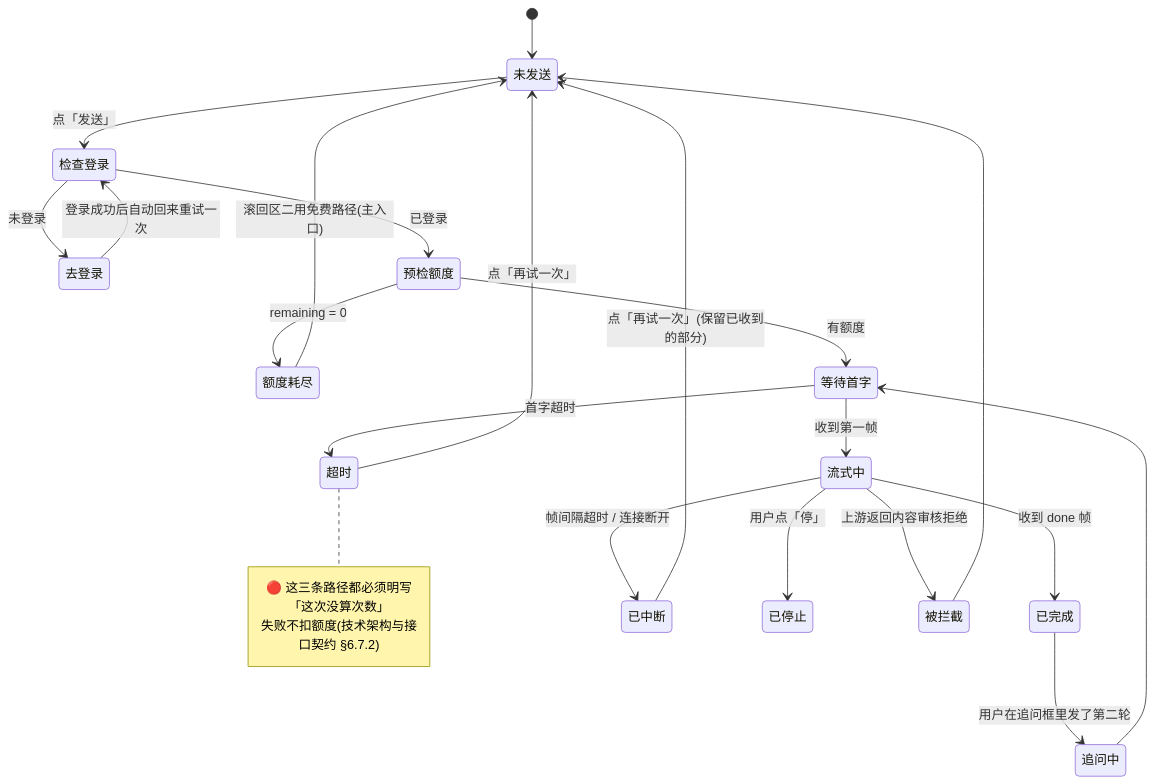
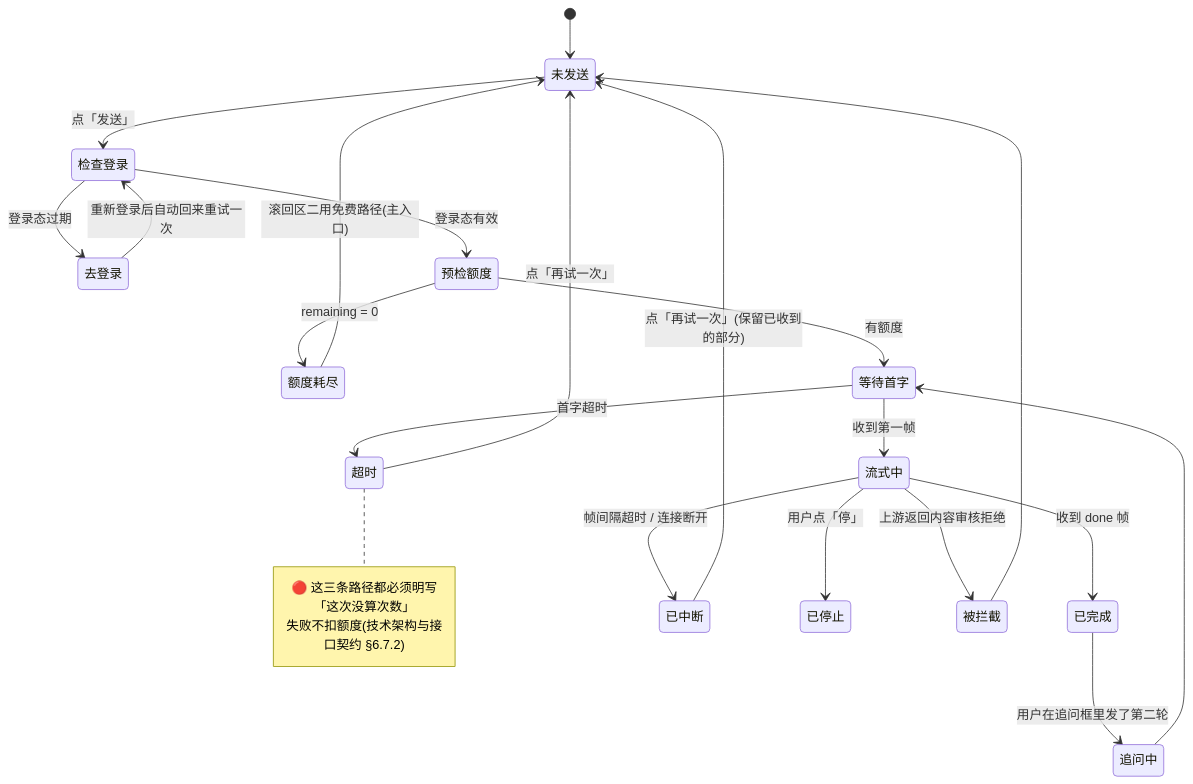
Before and after one commit to chenyuanjin/kubic: the fourth of 12 diagrams in docs/product/specs/导出与问AI.md, drawn with Mermaid. The commit also changed other lines of this file and 15 other files, not shown here.

````diff
--- a/docs/product/specs/导出与问AI.md
+++ b/docs/product/specs/导出与问AI.md
@@ -312,27 +320,27 @@
 ```mermaid
 stateDiagram-v2
     [*] --> 未发送
     未发送 --> 检查登录: 点「发送」
-    检查登录 --> 去登录: 未登录
-    去登录 --> 检查登录: 登录成功后自动回来重试一次
-    检查登录 --> 预检额度: 已登录
+    检查登录 --> 去登录: 登录态过期
+    去登录 --> 检查登录: 重新登录后自动回来重试一次
+    检查登录 --> 预检额度: 登录态有效
     预检额度 --> 额度耗尽: remaining = 0
     额度耗尽 --> 未发送: 滚回区二用免费路径(主入口)
     预检额度 --> 等待首字: 有额度
     等待首字 --> 流式中: 收到第一帧
     等待首字 --> 超时: 首字超时
     流式中 --> 已完成: 收到 done 帧
     流式中 --> 已中断: 帧间隔超时 / 连接断开
     流式中 --> 已停止: 用户点「停」
     流式中 --> 被拦截: 上游返回内容审核拒绝
     已完成 --> 追问中: 用户在追问框里发了第二轮
     追问中 --> 等待首字
     超时 --> 未发送: 点「再试一次」
     已中断 --> 未发送: 点「再试一次」(保留已收到的部分)
     被拦截 --> 未发送
 
     note right of 超时
         🔴 这三条路径都必须明写「这次没算次数」
         失败不扣额度(技术架构与接口契约 §6.7.2)
     end note
 ```
````
